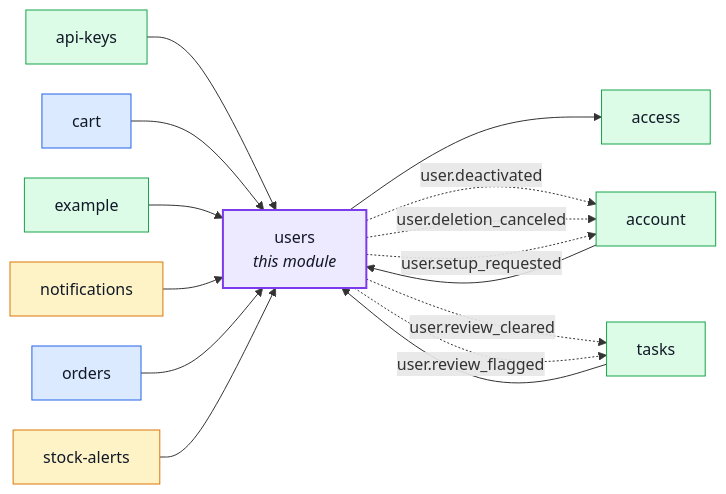
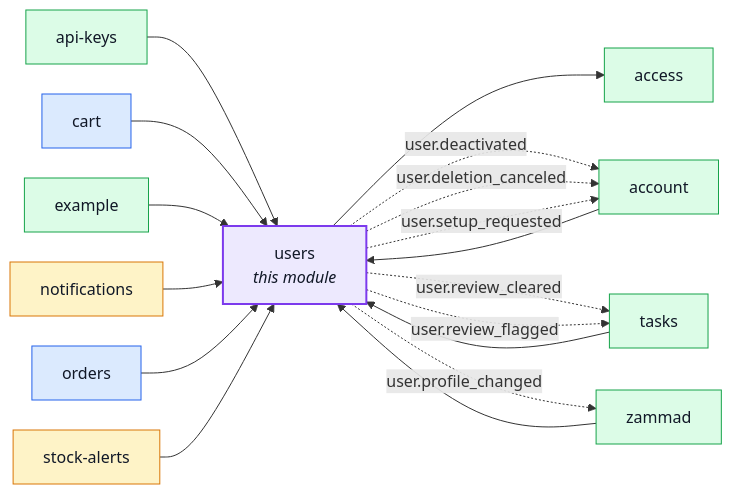
One commit to Guebbit/boilerplate-node-backend changed the first of 3 diagrams in docs/modules/users.md. Above: the diagram before and after it, drawn with Mermaid. The commit also changed other lines of this file and 70 other files, not shown here.

````diff
--- a/docs/modules/users.md
+++ b/docs/modules/users.md
@@ -23,38 +23,41 @@
 ```mermaid
 %%{init: {'flowchart': {'nodeSpacing': 30, 'rankSpacing': 60}}}%%
 flowchart LR
     users["users<br/><i>this module</i>"]
     access["access"]
     account["account"]
     api_keys["api-keys"]
     cart["cart"]
     example["example"]
     notifications["notifications"]
     orders["orders"]
     stock_alerts["stock-alerts"]
     tasks["tasks"]
+    zammad["zammad"]
 
     account --> users
     api_keys --> users
     cart --> users
     example --> users
     notifications --> users
     orders --> users
     stock_alerts --> users
     tasks --> users
+    zammad --> users
     users --> access
     users -. "user.deactivated" .-> account
     users -. "user.deletion_canceled" .-> account
     users -. "user.setup_requested" .-> account
     users -. "user.review_cleared" .-> tasks
     users -. "user.review_flagged" .-> tasks
+    users -. "user.profile_changed" .-> zammad
 
     classDef core fill:#dbeafe,stroke:#2563eb,color:#111827;
     classDef supporting fill:#fef3c7,stroke:#d97706,color:#111827;
     classDef generic fill:#dcfce7,stroke:#16a34a,color:#111827;
     classDef centre fill:#ede9fe,stroke:#7c3aed,stroke-width:2px,color:#111827;
     class cart,orders core;
     class notifications,stock_alerts supporting;
-    class access,account,api_keys,example,tasks generic;
+    class access,account,api_keys,example,tasks,zammad generic;
     class users centre;
 ```
````
